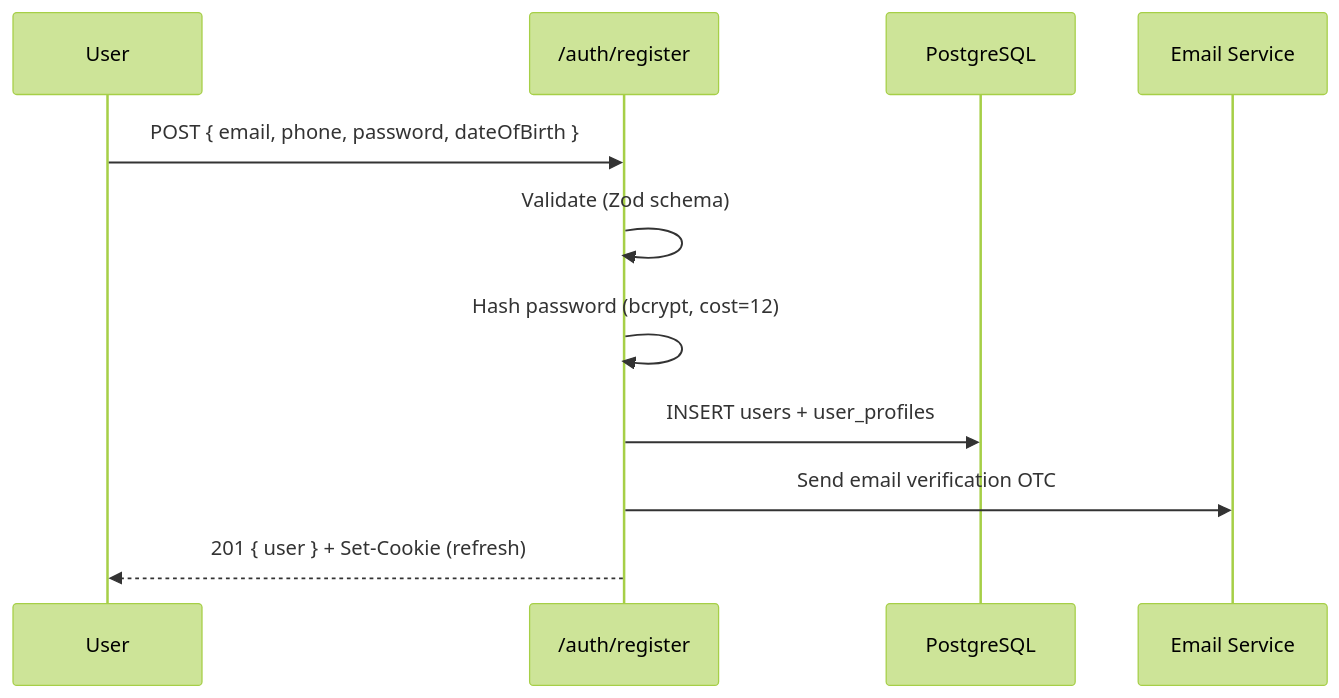
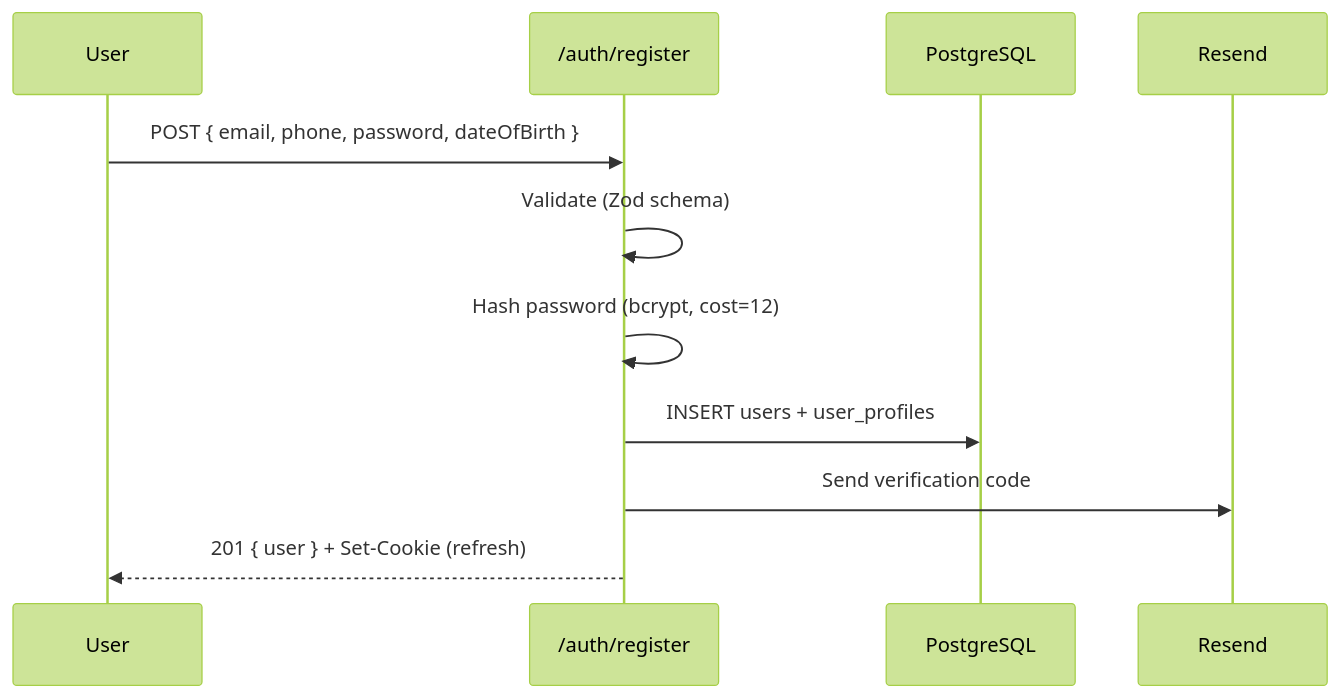
One commit to giarcheuli/gigs.ge changed the first of 3 diagrams in docs/architecture/auth-flow.md. Above: the diagram before and after it, drawn with Mermaid (forest theme). The commit also changed other lines of this file and 17 other files, not shown here.

````diff
--- a/docs/architecture/auth-flow.md
+++ b/docs/architecture/auth-flow.md
@@ -20,14 +20,14 @@
 ```mermaid
 sequenceDiagram
     participant U as User
     participant API as /auth/register
     participant DB as PostgreSQL
-    participant Mail as Email Service
+    participant Mail as Resend
 
     U->>API: POST { email, phone, password, dateOfBirth }
     API->>API: Validate (Zod schema)
     API->>API: Hash password (bcrypt, cost=12)
     API->>DB: INSERT users + user_profiles
-    API->>Mail: Send email verification OTC
+    API->>Mail: Send verification code
     API-->>U: 201 { user } + Set-Cookie (refresh)
 ```
````
